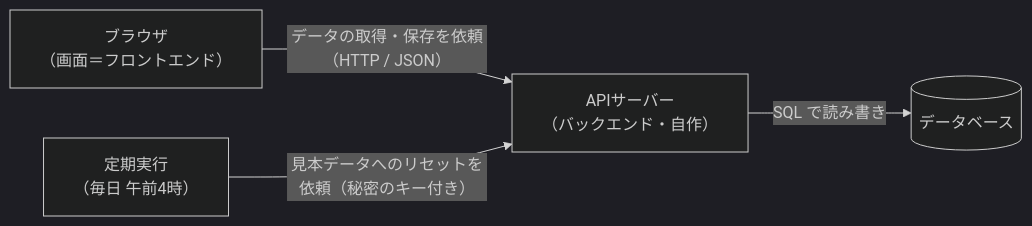
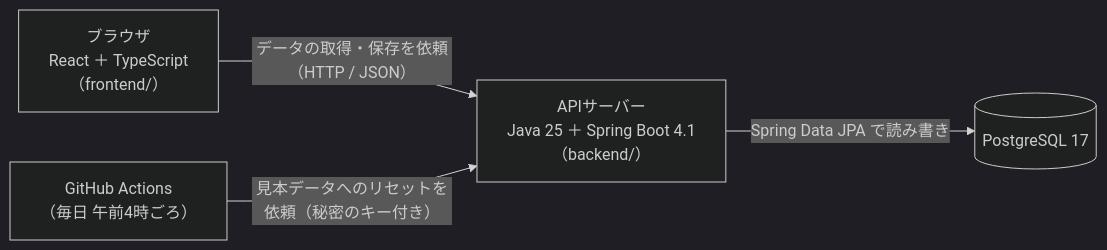
The diagram in docs/技術スタック.md (fujiengineering21-png/task-management-app), drawn with Mermaid (dark theme) before and after one commit. The commit also changed other lines of this file and 4 other files, not shown here.

First line of the commit message:
docs: 技術スタックを確定（Java 25・Spring Boot 4.1・React・PostgreSQL 17）

````diff
--- a/docs/技術スタック.md
+++ b/docs/技術スタック.md
@@ -33,10 +68,10 @@
 ```mermaid
 flowchart LR
-    B["ブラウザ<br>（画面＝フロントエンド）"]
-    A["APIサーバー<br>（バックエンド・自作）"]
-    D[("データベース")]
-    C["定期実行<br>（毎日 午前4時）"]
+    B["ブラウザ<br>React ＋ TypeScript<br>（frontend/）"]
+    A["APIサーバー<br>Java 25 ＋ Spring Boot 4.1<br>（backend/）"]
+    D[("PostgreSQL 17")]
+    C["GitHub Actions<br>（毎日 午前4時ごろ）"]
     B -->|"データの取得・保存を依頼（HTTP / JSON）"| A
-    A -->|"SQL で読み書き"| D
+    A -->|"Spring Data JPA で読み書き"| D
     C -->|"見本データへのリセットを依頼（秘密のキー付き）"| A
 ```
````
